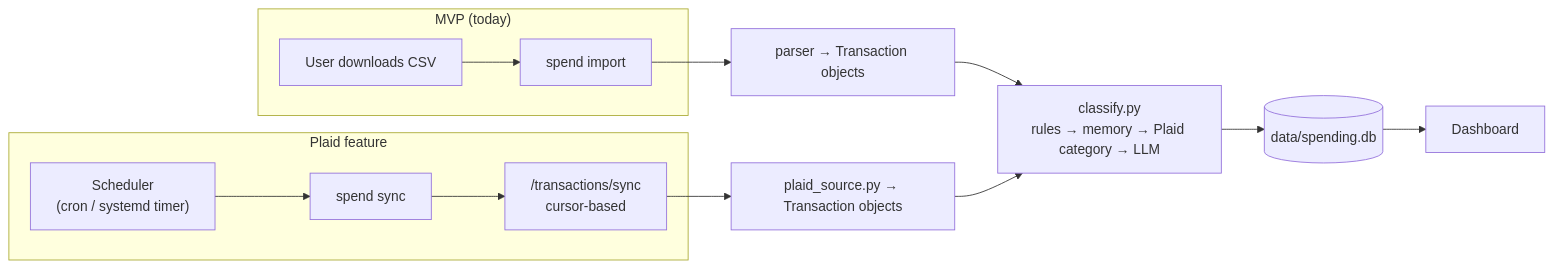
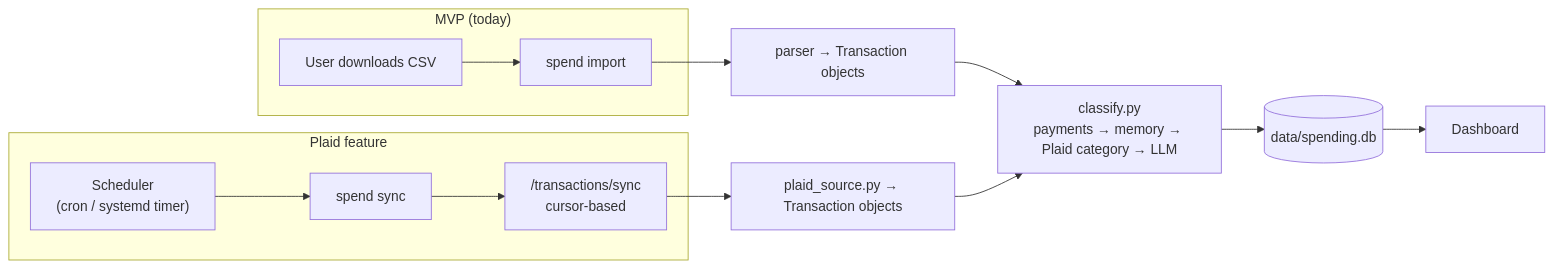
One commit to alessandrofelici/spending-tracker changed the first of 3 diagrams in documents/plaid-ideas.md. Above: the diagram before and after it, drawn with Mermaid. The commit also changed other lines of this file and 21 other files, not shown here.

````diff
--- a/documents/plaid-ideas.md
+++ b/documents/plaid-ideas.md
@@ -24,16 +45,16 @@
 ```mermaid
 flowchart LR
     subgraph Today["MVP (today)"]
         A1["User downloads CSV"] --> A2["spend import"]
     end
     subgraph Plaid["Plaid feature"]
         B1["Scheduler<br/>(cron / systemd timer)"] --> B2["spend sync"]
         B2 --> B3["/transactions/sync<br/>cursor-based"]
     end
     A2 --> C["parser → Transaction objects"]
     B3 --> C2["plaid_source.py → Transaction objects"]
-    C --> D["classify.py<br/>rules → memory → Plaid category → LLM"]
+    C --> D["classify.py<br/>payments → memory → Plaid category → LLM"]
     C2 --> D
     D --> E[("data/spending.db")]
     E --> F["Dashboard"]
 ```
````
